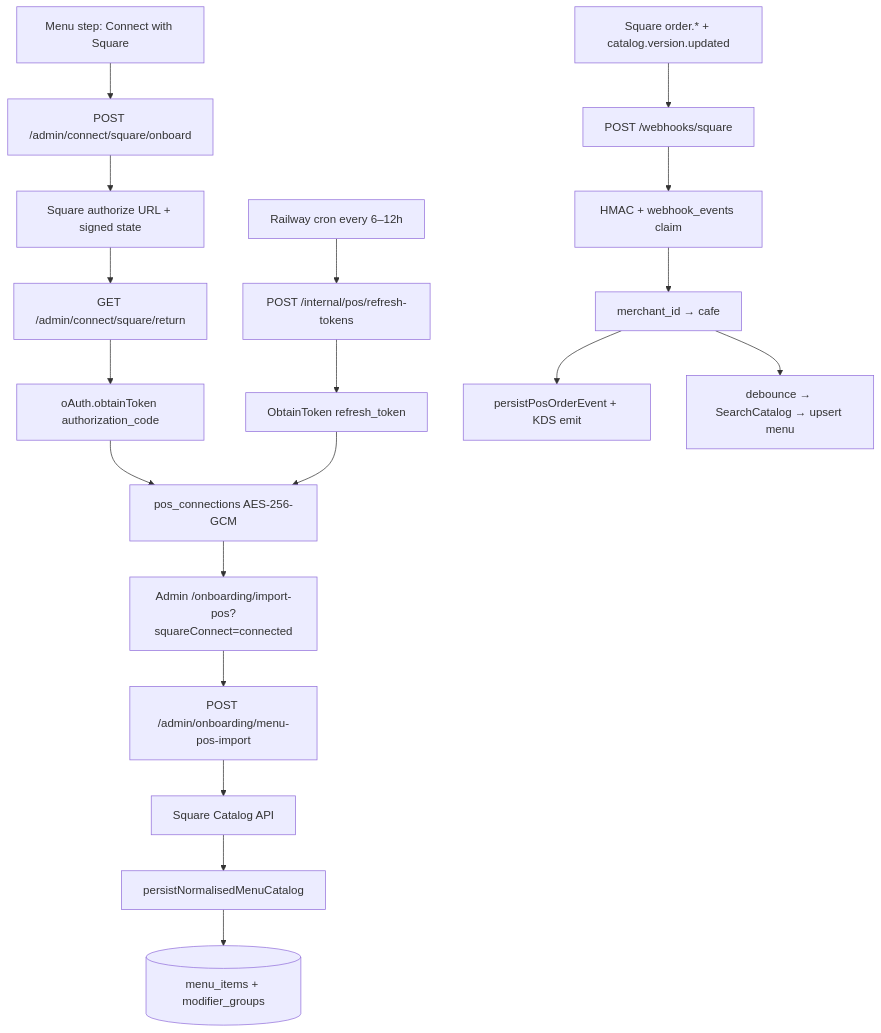
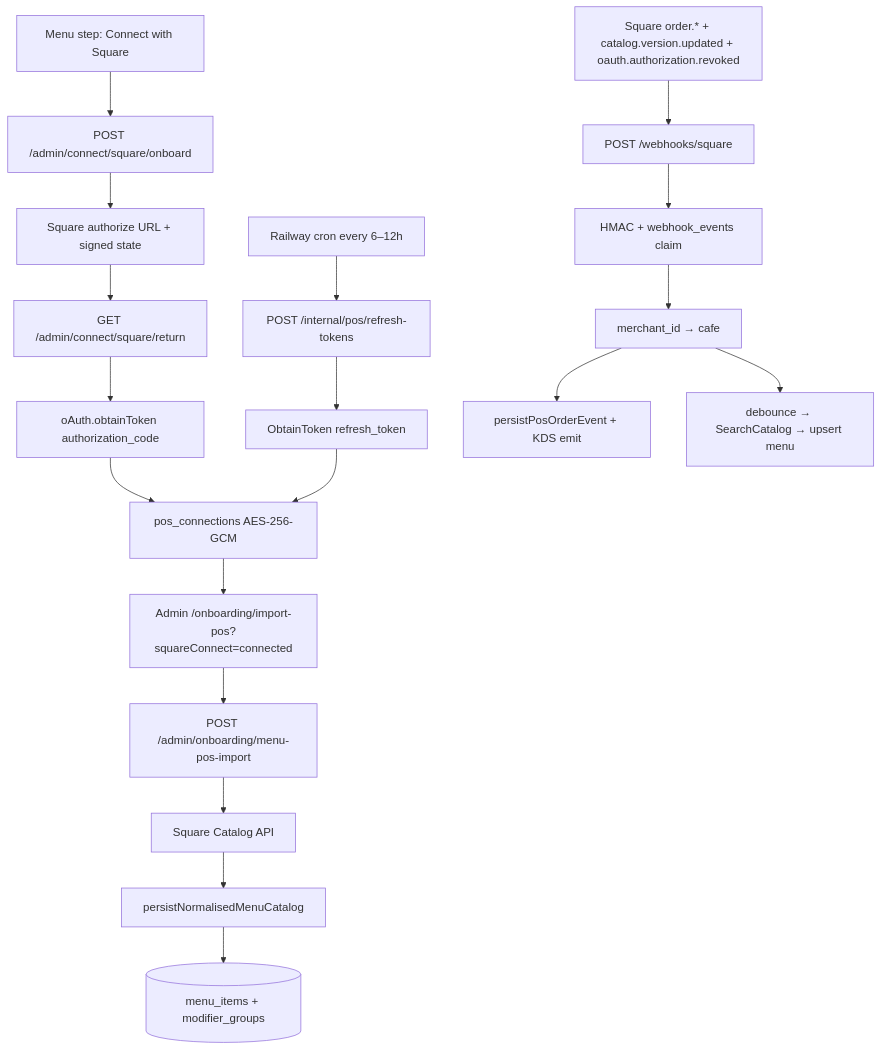
The diagram in docs/square-oauth.md (SeanIntegrator/moonshot), drawn with Mermaid before and after one commit. The commit also changed other lines of this file and 27 other files, not shown here.

````diff
--- a/docs/square-oauth.md
+++ b/docs/square-oauth.md
@@ -9,23 +9,23 @@
 ```mermaid
 flowchart TD
   Choice["Menu step: Connect with Square"] --> Onboard["POST /admin/connect/square/onboard"]
   Onboard --> Authorize["Square authorize URL + signed state"]
   Authorize --> Ret["GET /admin/connect/square/return"]
   Ret --> Token["oAuth.obtainToken authorization_code"]
   Token --> Store["pos_connections AES-256-GCM"]
   Store --> SPA["Admin /onboarding/import-pos?squareConnect=connected"]
   SPA --> Import["POST /admin/onboarding/menu-pos-import"]
   Import --> Catalog["Square Catalog API"]
   Catalog --> Persist["persistNormalisedMenuCatalog"]
   Persist --> PG[(menu_items + modifier_groups)]
 
   Cron["Railway cron every 6–12h"] --> Refresh["POST /internal/pos/refresh-tokens"]
   Refresh --> Obtain["ObtainToken refresh_token"]
   Obtain --> Store
 
-  SquareWH["Square order.* + catalog.version.updated"] --> WH["POST /webhooks/square"]
+  SquareWH["Square order.* + catalog.version.updated + oauth.authorization.revoked"] --> WH["POST /webhooks/square"]
   WH --> Verify["HMAC + webhook_events claim"]
   Verify --> Route["merchant_id → cafe"]
   Route --> Ingress["persistPosOrderEvent + KDS emit"]
   Route --> CatSync["debounce → SearchCatalog → upsert menu"]
 ```
````
